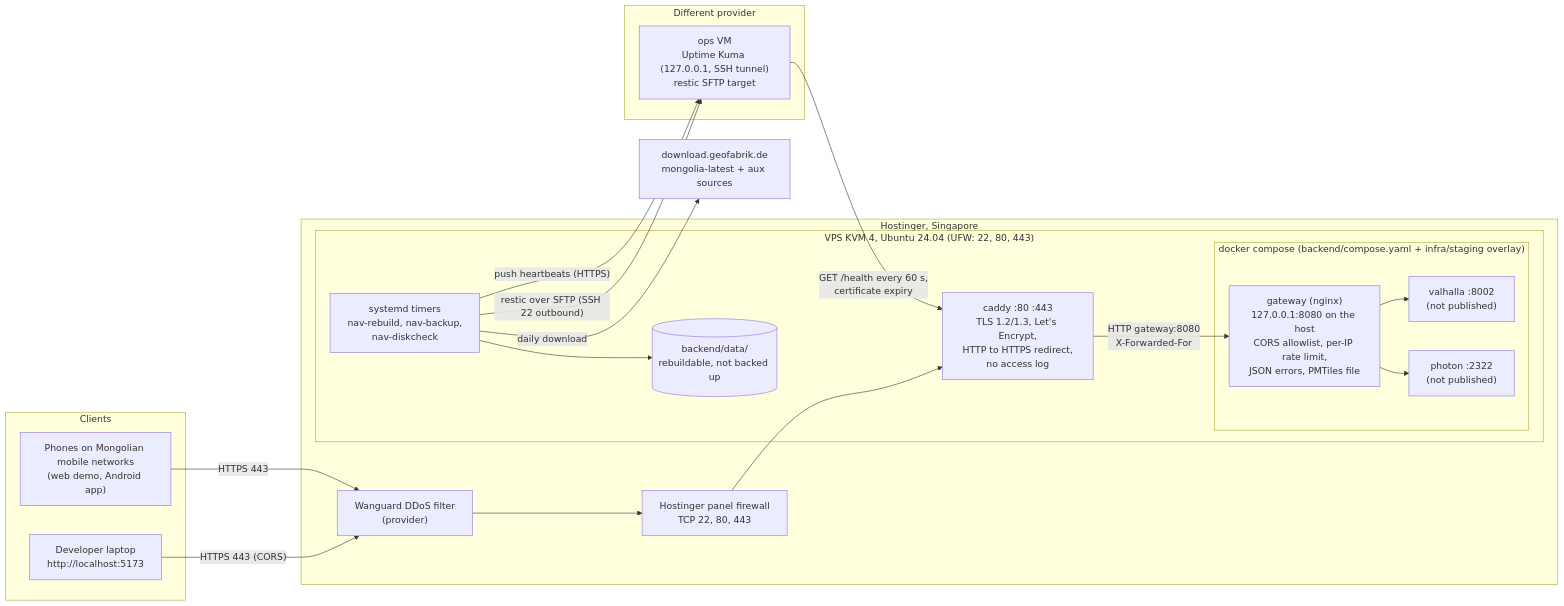
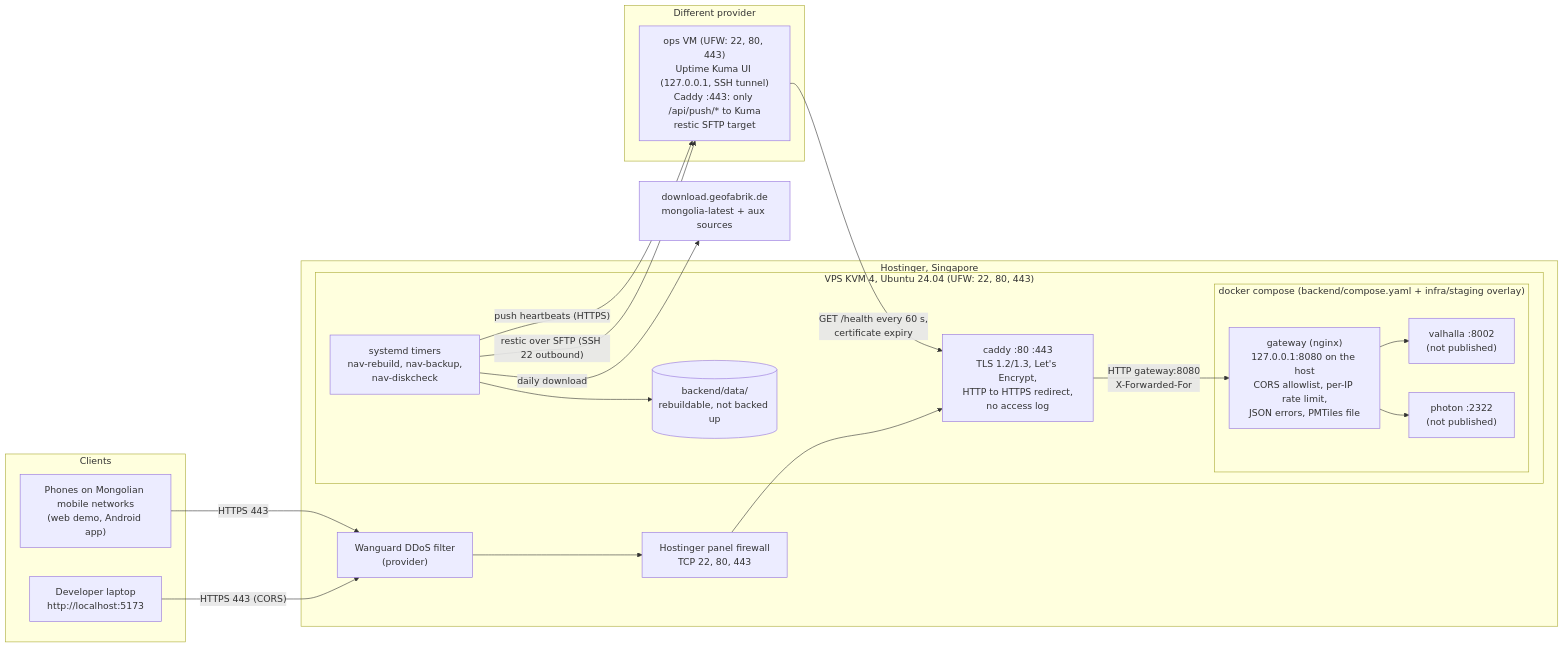
One commit to Uranbold/test.github.io changed the diagram in docs/architecture/deployment-staging.md. Above: the diagram before and after it, drawn with Mermaid. The commit also changed other lines of this file and 131 other files, not shown here.

````diff
--- a/docs/architecture/deployment-staging.md
+++ b/docs/architecture/deployment-staging.md
@@ -20,39 +20,39 @@
 ```mermaid
 flowchart LR
   subgraph Clients
     phone["Phones on Mongolian mobile networks<br/>(web demo, Android app)"]
     dev["Developer laptop<br/>http://localhost:5173"]
   end
 
   subgraph HostingerSG["Hostinger, Singapore"]
     wan["Wanguard DDoS filter<br/>(provider)"]
     pfw["Hostinger panel firewall<br/>TCP 22, 80, 443"]
     subgraph VPS["VPS KVM 4, Ubuntu 24.04 (UFW: 22, 80, 443)"]
       caddy["caddy :80 :443<br/>TLS 1.2/1.3, Let's Encrypt,<br/>HTTP to HTTPS redirect,<br/>no access log"]
       subgraph Compose["docker compose (backend/compose.yaml + infra/staging overlay)"]
         gw["gateway (nginx)<br/>127.0.0.1:8080 on the host<br/>CORS allowlist, per-IP rate limit,<br/>JSON errors, PMTiles file"]
         val["valhalla :8002<br/>(not published)"]
         pho["photon :2322<br/>(not published)"]
       end
       timers["systemd timers<br/>nav-rebuild, nav-backup,<br/>nav-diskcheck"]
       data[("backend/data/<br/>rebuildable, not backed up")]
     end
   end
 
   subgraph OtherProvider["Different provider"]
-    ops["ops VM<br/>Uptime Kuma (127.0.0.1, SSH tunnel)<br/>restic SFTP target"]
+    ops["ops VM (UFW: 22, 80, 443)<br/>Uptime Kuma UI (127.0.0.1, SSH tunnel)<br/>Caddy :443: only /api/push/* to Kuma<br/>restic SFTP target"]
   end
 
   geofabrik["download.geofabrik.de<br/>mongolia-latest + aux sources"]
 
   phone -- "HTTPS 443" --> wan --> pfw --> caddy
   dev -- "HTTPS 443 (CORS)" --> wan
   caddy -- "HTTP gateway:8080<br/>X-Forwarded-For" --> gw
   gw --> val
   gw --> pho
   ops -- "GET /health every 60 s,<br/>certificate expiry" --> caddy
   timers -- "push heartbeats (HTTPS)" --> ops
   timers -- "restic over SFTP (SSH 22 outbound)" --> ops
   timers -- "daily download" --> geofabrik
   timers --> data
 ```
````
